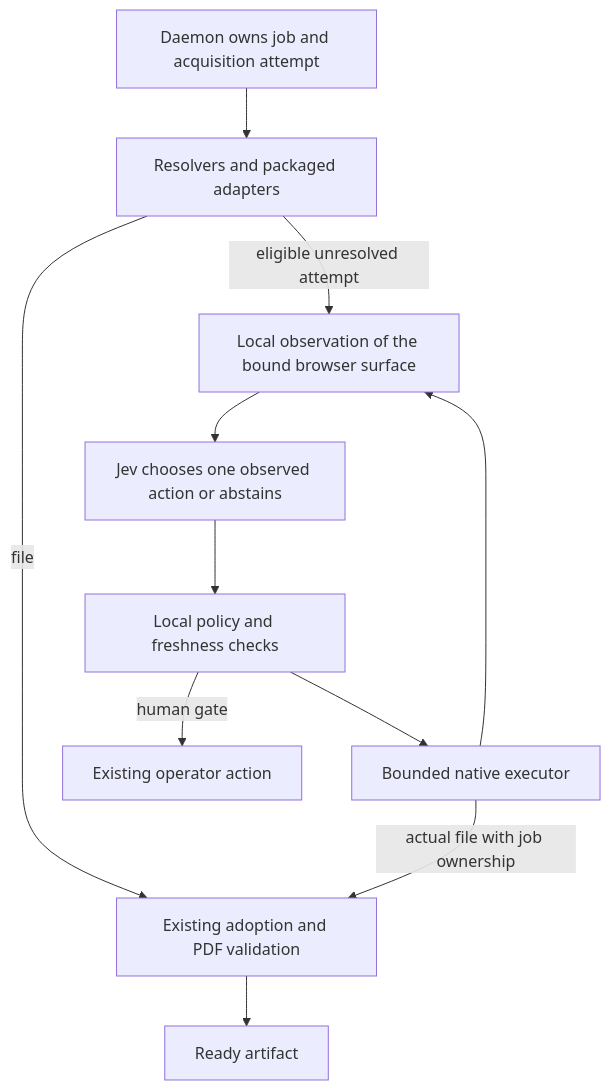
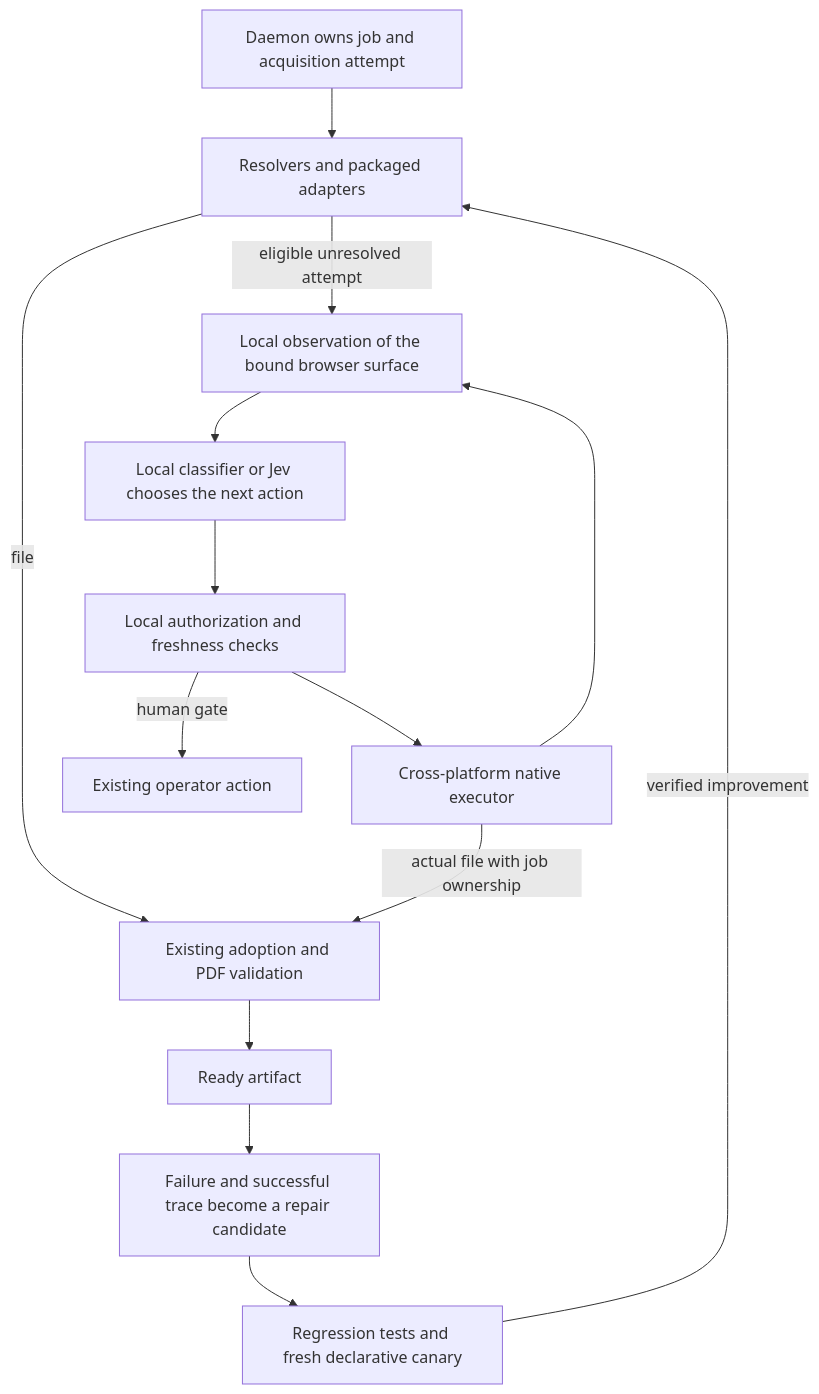
One commit to OrgMentem/papio changed the diagram in dev/active/jev-acquisition-fallback.md. Above: the diagram before and after it, drawn with Mermaid. The commit also changed other lines of this file, not shown here.

Commit message:
Plan cross-platform native acquisition and local adapter learning

````diff
--- a/dev/active/jev-acquisition-fallback.md
+++ b/dev/active/jev-acquisition-fallback.md
@@ -46,13 +51,16 @@
 ```mermaid
 flowchart TD
     J[Daemon owns job and acquisition attempt] --> D[Resolvers and packaged adapters]
     D -->|file| V[Existing adoption and PDF validation]
     D -->|eligible unresolved attempt| O[Local observation of the bound browser surface]
-    O --> M[Jev chooses one observed action or abstains]
-    M --> G[Local policy and freshness checks]
-    G --> E[Bounded native executor]
+    O --> M[Local classifier or Jev chooses the next action]
+    M --> G[Local authorization and freshness checks]
+    G --> E[Cross-platform native executor]
     E --> O
     E -->|actual file with job ownership| V
     G -->|human gate| H[Existing operator action]
     V --> R[Ready artifact]
+    R --> L[Failure and successful trace become a repair candidate]
+    L --> T[Regression tests and fresh declarative canary]
+    T -->|verified improvement| D
 ```
````
